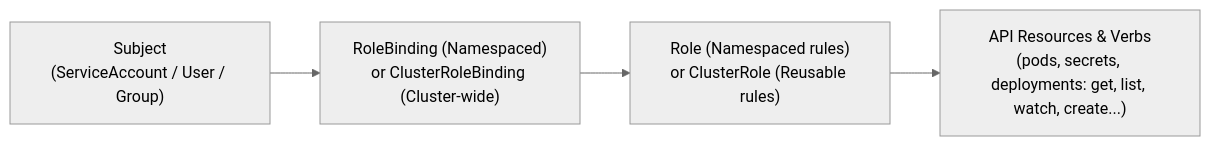
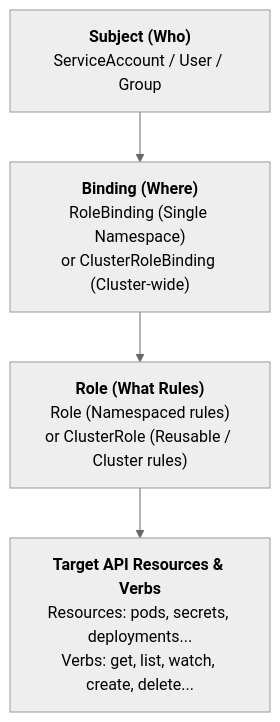
One commit to amlcoftherockies/scaling-the-kubernetes-mountain changed the first of 2 diagrams in section 8/README.md. Above: the diagram before and after it, drawn with Mermaid (neutral theme). The commit also changed other lines of this file and 4 other files, not shown here.

Commit message:
Fix Mermaid diagram line breaks (<br/> instead of literal \n) and layout across Sections 6-10

````diff
--- a/section 8/README.md
+++ b/section 8/README.md
@@ -101,6 +101,6 @@
 ```mermaid
-flowchart LR
-    SA["Subject\n(ServiceAccount / User / Group)"] --> RB["RoleBinding (Namespaced)\nor ClusterRoleBinding (Cluster-wide)"]
-    RB --> R["Role (Namespaced rules)\nor ClusterRole (Reusable rules)"]
-    R --> API["API Resources & Verbs\n(pods, secrets, deployments: get, list, watch, create...)"]
+flowchart TD
+    SA["<b>Subject (Who)</b><br/>ServiceAccount / User / Group"] --> RB["<b>Binding (Where)</b><br/>RoleBinding (Single Namespace)<br/>or ClusterRoleBinding (Cluster-wide)"]
+    RB --> R["<b>Role (What Rules)</b><br/>Role (Namespaced rules)<br/>or ClusterRole (Reusable / Cluster rules)"]
+    R --> API["<b>Target API Resources & Verbs</b><br/>Resources: pods, secrets, deployments...<br/>Verbs: get, list, watch, create, delete..."]
 ```
````
